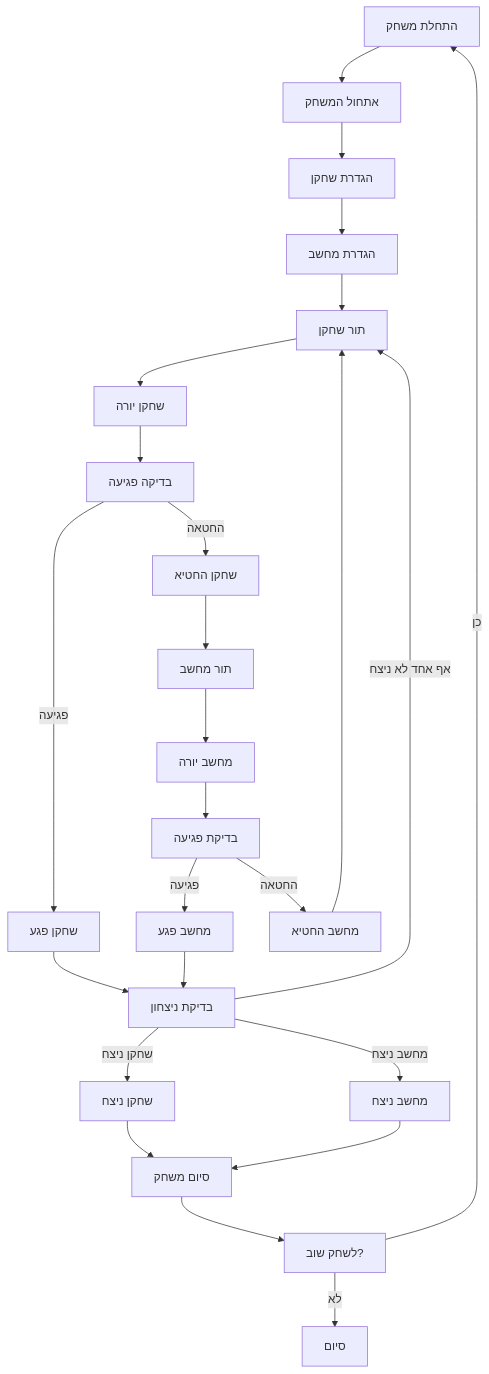
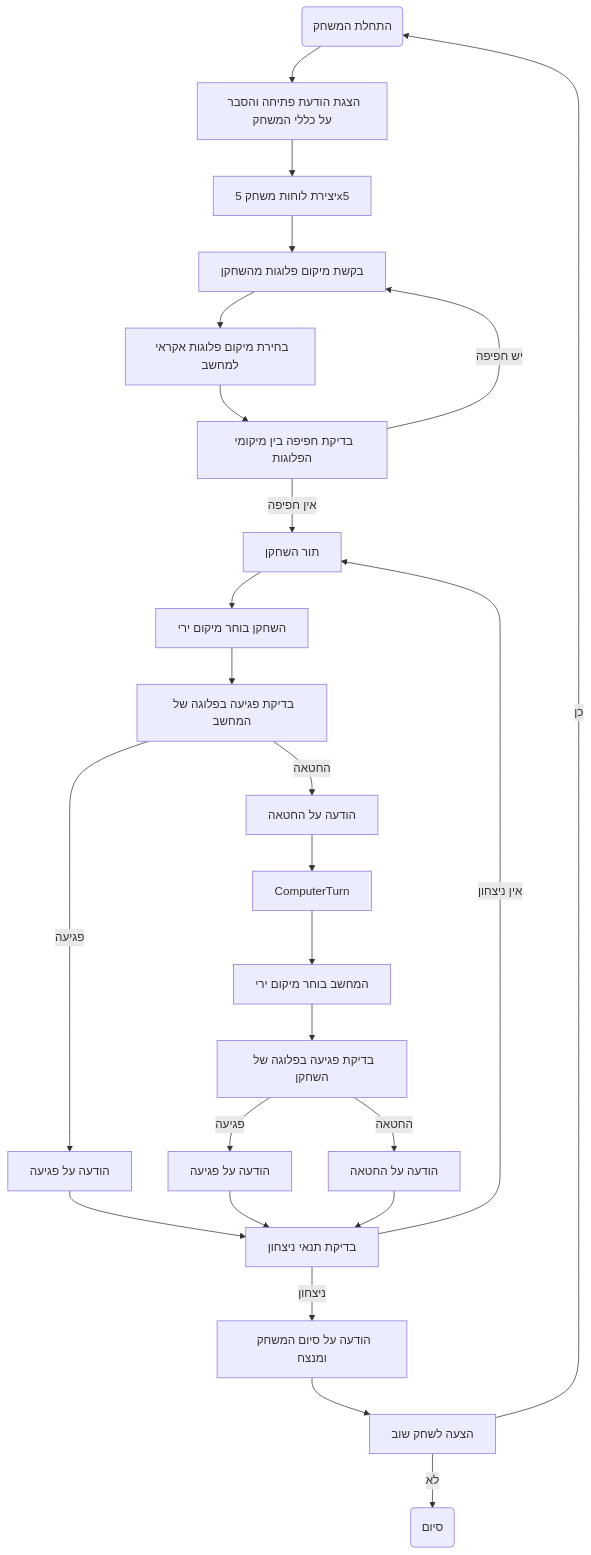
Before and after one commit to hypo69/hypo: the diagram in docs/gemini/he/explainer/src/endpoints/ai_games/101_basic_computer_games/ru/rules/80_salvo_i.ru.md.md, drawn with Mermaid. The commit also changed other lines of this file and 885 other files, not shown here.

````diff
--- a/docs/gemini/he/explainer/src/endpoints/ai_games/101_basic_computer_games/ru/rules/80_salvo_i.ru.md.md
+++ b/docs/gemini/he/explainer/src/endpoints/ai_games/101_basic_computer_games/ru/rules/80_salvo_i.ru.md.md
@@ -47,29 +44,31 @@
 ```mermaid
 flowchart TD
-    Start[התחלת משחק] --> Initialize[אתחול המשחק]
-    Initialize --> Player_Setup[הגדרת שחקן]
-    Player_Setup --> Computer_Setup[הגדרת מחשב]
-    Computer_Setup --> Player_Turn[תור שחקן]
-    Player_Turn --> Player_Attack[שחקן יורה]
-    Player_Attack --> Check_Hit_Player[בדיקה פגיעה]
-    Check_Hit_Player -- פגיעה --> Player_Hit[שחקן פגע]
-    Player_Hit --> Check_Win[בדיקת ניצחון]
-    Check_Hit_Player -- החטאה --> Player_Miss[שחקן החטיא]
-    Player_Miss --> Computer_Turn[תור מחשב]
-    Computer_Turn --> Computer_Attack[מחשב יורה]
-    Computer_Attack --> Check_Hit_Computer[בדיקת פגיעה]
-    Check_Hit_Computer -- פגיעה --> Computer_Hit[מחשב פגע]
-    Computer_Hit --> Check_Win
-    Check_Hit_Computer -- החטאה --> Computer_Miss[מחשב החטיא]
-     Computer_Miss --> Player_Turn
-    Check_Win -- שחקן ניצח --> Player_Win[שחקן ניצח]
-    Check_Win -- מחשב ניצח --> Computer_Win[מחשב ניצח]
-    Check_Win -- אף אחד לא ניצח --> Player_Turn
-    Player_Win --> End[סיום משחק]
-    Computer_Win --> End
-    End --> Play_Again[לשחק שוב?]
-    Play_Again -- כן --> Start
-    Play_Again -- לא --> End_Game[סיום]
+    Start(התחלת המשחק) --> WelcomeMessage[הצגת הודעת פתיחה והסבר על כללי המשחק]
+    WelcomeMessage --> CreateBoards[יצירת לוחות משחק 5x5]
+    CreateBoards --> PlayerPositions[בקשת מיקום פלוגות מהשחקן]
+    PlayerPositions --> ComputerPositions[בחירת מיקום פלוגות אקראי למחשב]
+    ComputerPositions --> CheckPositions[בדיקת חפיפה בין מיקומי הפלוגות]
+    CheckPositions -- אין חפיפה --> PlayerTurn[תור השחקן]
+    CheckPositions -- יש חפיפה --> PlayerPositions
 
-   
+    PlayerTurn --> PlayerAttack[השחקן בוחר מיקום ירי]
+    PlayerAttack --> CheckPlayerHit[בדיקת פגיעה בפלוגה של המחשב]
+    CheckPlayerHit -- פגיעה --> PlayerHitMessage[הודעה על פגיעה]
+    PlayerHitMessage --> CheckWinCondition[בדיקת תנאי ניצחון]
+    CheckPlayerHit -- החטאה --> PlayerMissMessage[הודעה על החטאה]
+    PlayerMissMessage --> ComputerTurn
+    
+    ComputerTurn --> ComputerAttack[המחשב בוחר מיקום ירי]
+    ComputerAttack --> CheckComputerHit[בדיקת פגיעה בפלוגה של השחקן]
+    CheckComputerHit -- פגיעה --> ComputerHitMessage[הודעה על פגיעה]
+    ComputerHitMessage --> CheckWinCondition
+    CheckComputerHit -- החטאה --> ComputerMissMessage[הודעה על החטאה]
+    ComputerMissMessage --> CheckWinCondition
+    
+     CheckWinCondition -- ניצחון --> GameOver[הודעה על סיום המשחק ומנצח]
+     CheckWinCondition -- אין ניצחון --> PlayerTurn
+    
+    GameOver --> PlayAgain[הצעה לשחק שוב]
+    PlayAgain -- כן --> Start
+    PlayAgain -- לא --> End(סיום)
 ```
````
